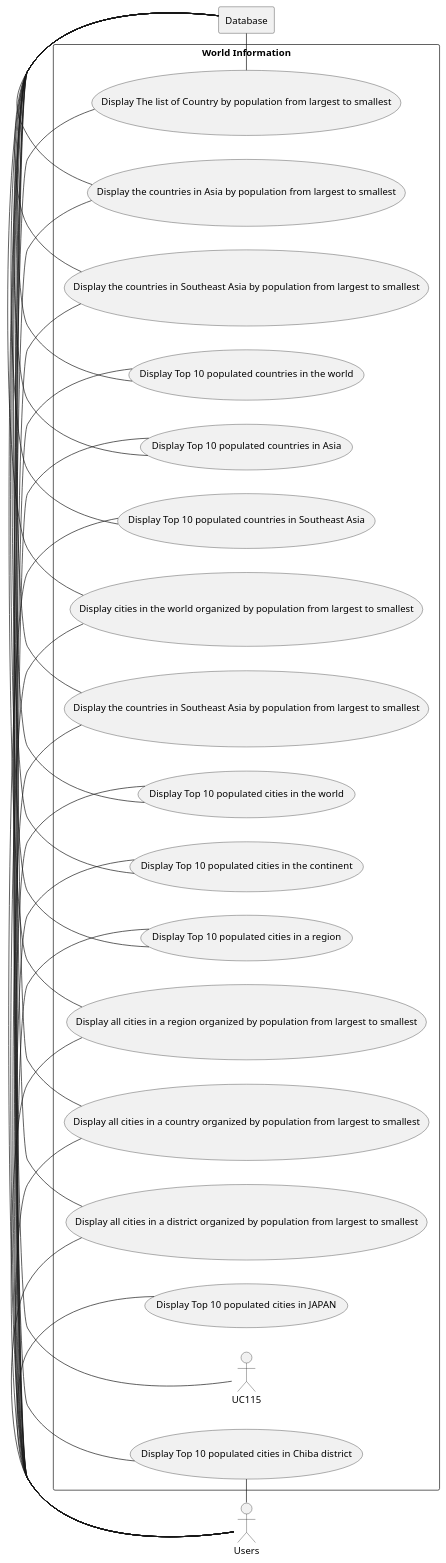
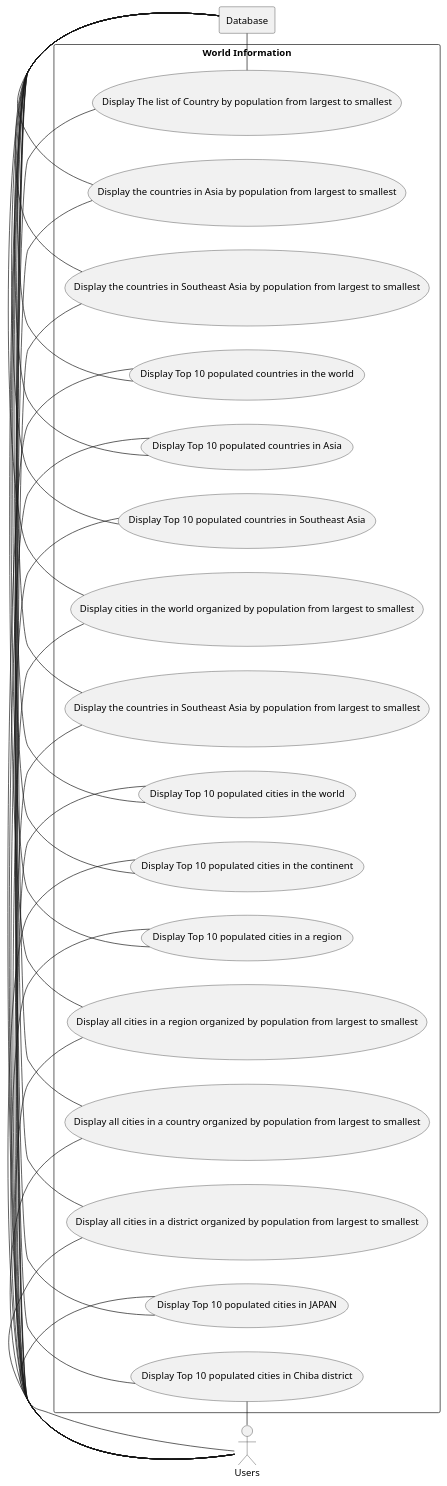
The diagram in use-cases/World.puml (Group-6-DevOps/Group6), drawn with PlantUML before and after one commit. The commit also changed 1 other file, not shown here.

```diff
--- a/use-cases/World.puml
+++ b/use-cases/World.puml
@@ -1,73 +1,73 @@
 @startuml
 
 actor Users as "Users"
 left to right direction
 rectangle Database
 
 rectangle "World Information" {
     usecase UC1 as "Display The list of Country by population from largest to smallest"
     Users - UC1
     UC1 - Database
 
     usecase UC2 as "Display the countries in Asia by population from largest to smallest"
     Users - UC2
     UC2 - Database
 
     usecase UC3 as "Display the countries in Southeast Asia by population from largest to smallest"
     Users - UC3
     UC3 - Database
 
     usecase UC4 as "Display Top 10 populated countries in the world"
     Users - UC4
     UC4 - Database
 
     usecase UC5 as "Display Top 10 populated countries in Asia"
     Users - UC5
     UC5 - Database
 
     usecase UC6 as "Display Top 10 populated countries in Southeast Asia"
     Users - UC6
     UC6 - Database
 
     usecase UC7 as "Display cities in the world organized by population from largest to smallest"
     Users - UC7
     UC7 - Database
 
     usecase UC8 as "Display the countries in Southeast Asia by population from largest to smallest"
     Users - UC8
     UC8 - Database
 
      usecase UC9 as "Display Top 10 populated cities in the world"
      Users - UC9
      UC9 - Database
 
       usecase UC10 as "Display Top 10 populated cities in the continent"
       Users - UC10
       UC10 - Database
 
       usecase UC11 as "Display Top 10 populated cities in a region"
       Users - UC11
       UC11 - Database
 
       usecase UC12 as "Display all cities in a region organized by population from largest to smallest"
       Users - UC12
       UC12 - Database
 
       usecase UC13 as "Display all cities in a country organized by population from largest to smallest"
       Users - UC13
       UC13 - Database
 
       usecase UC14 as "Display all cities in a district organized by population from largest to smallest"
       Users - UC14
       UC14 - Database
 
       usecase UC15 as "Display Top 10 populated cities in JAPAN"
       Users - UC15
-      UC115 - Database
+      UC15 - Database
 
       usecase UC16 as "Display Top 10 populated cities in Chiba district"
       Users - UC16
       UC16 - Database
 }
 
 @enduml
```
